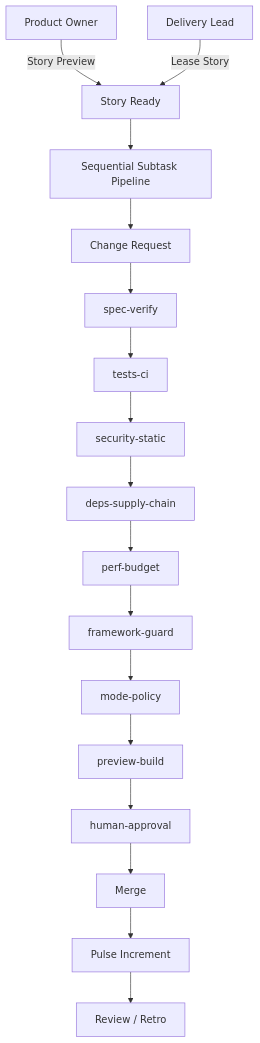
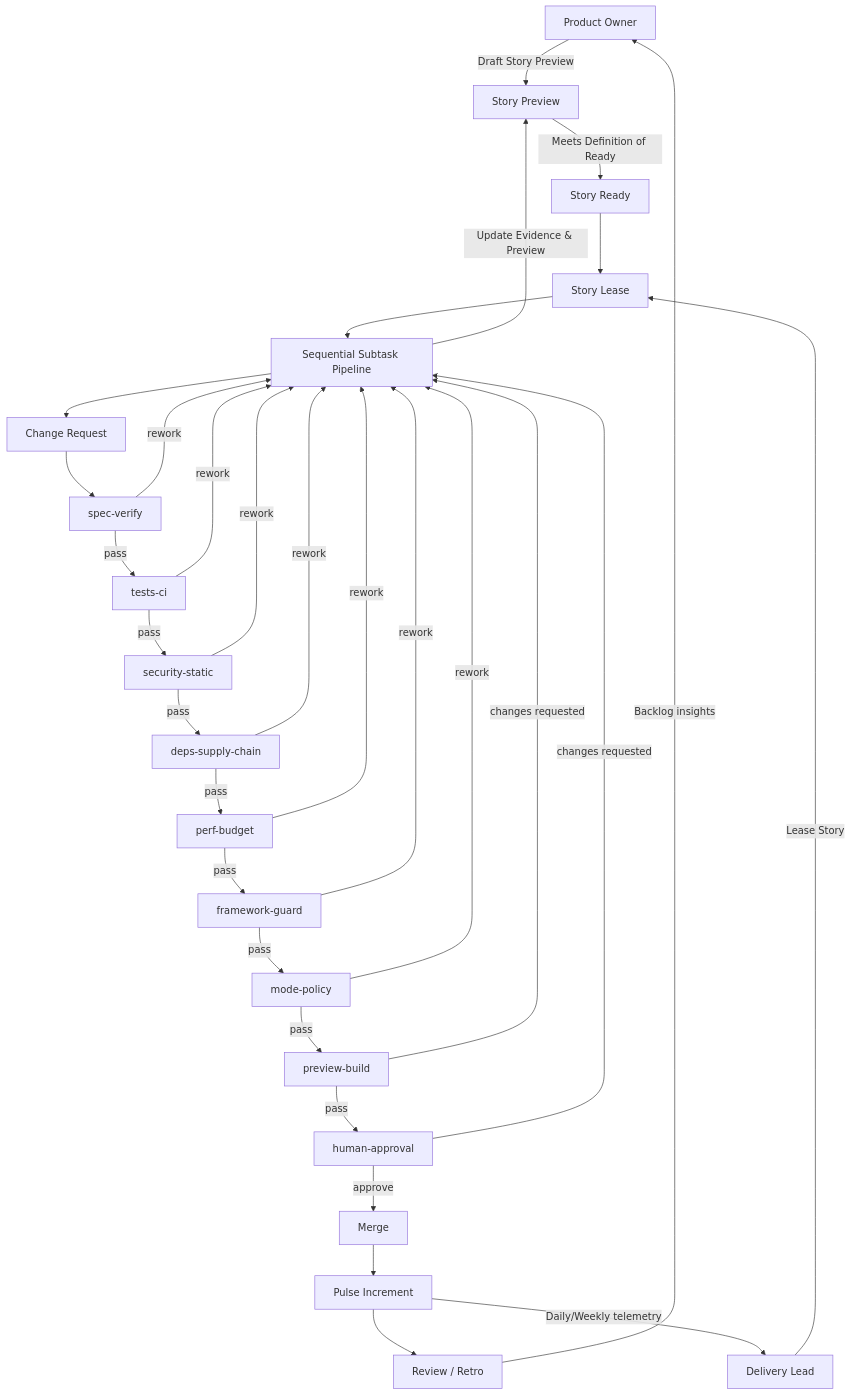
The diagram in README.md (airnub/agentic-delivery-framework-internal), drawn with Mermaid before and after one commit.

Commit message:
docs: restore bidirectional method flow

````diff
--- a/README.md
+++ b/README.md
@@ -65,19 +65,35 @@
 ```mermaid
-graph TD
-  PO[Product Owner] -->|Story Preview| READY[Story Ready]
-  DL[Delivery Lead] -->|Lease Story| READY
-  READY --> SSP[Sequential Subtask Pipeline]
+flowchart TD
+  PO[Product Owner] -->|Draft Story Preview| PREVIEW[Story Preview]
+  PREVIEW -->|Meets Definition of Ready| READY[Story Ready]
+  DL[Delivery Lead] -->|Lease Story| LEASE[Story Lease]
+  READY --> LEASE
+  LEASE --> SSP[Sequential Subtask Pipeline]
+  SSP -->|Update Evidence & Preview| PREVIEW
   SSP --> CR[Change Request]
+
   CR --> SPEC[spec-verify]
-  SPEC --> TESTS[tests-ci]
-  TESTS --> SEC[security-static]
-  SEC --> DEPS[deps-supply-chain]
-  DEPS --> PERF[perf-budget]
-  PERF --> FRAMEWORK[framework-guard]
-  FRAMEWORK --> MODE[mode-policy]
-  MODE --> PREVIEW[preview-build]
-  PREVIEW --> HUMAN[human-approval]
-  HUMAN --> MERGE[Merge]
+  SPEC -->|pass| TESTS[tests-ci]
+  SPEC -->|rework| SSP
+  TESTS -->|pass| SEC[security-static]
+  TESTS -->|rework| SSP
+  SEC -->|pass| DEPS[deps-supply-chain]
+  SEC -->|rework| SSP
+  DEPS -->|pass| PERF[perf-budget]
+  DEPS -->|rework| SSP
+  PERF -->|pass| FRAMEWORK[framework-guard]
+  PERF -->|rework| SSP
+  FRAMEWORK -->|pass| MODE[mode-policy]
+  FRAMEWORK -->|rework| SSP
+  MODE -->|pass| PREVIEWBUILD[preview-build]
+  MODE -->|rework| SSP
+  PREVIEWBUILD -->|pass| HUMAN[human-approval]
+  PREVIEWBUILD -->|changes requested| SSP
+  HUMAN -->|approve| MERGE[Merge]
+  HUMAN -->|changes requested| SSP
+
   MERGE --> PULSE[Pulse Increment]
   PULSE --> REVIEW[Review / Retro]
+  REVIEW -->|Backlog insights| PO
+  PULSE -->|Daily/Weekly telemetry| DL
 ```
````
